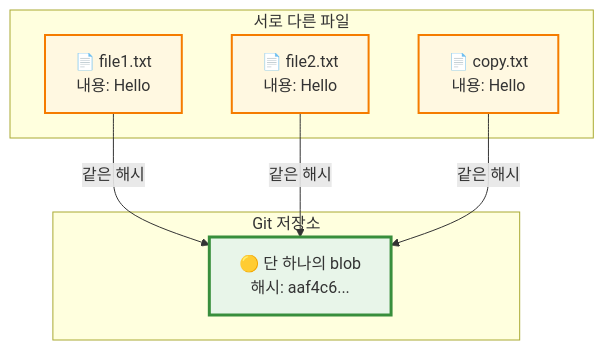
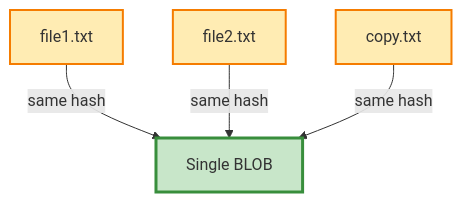
One commit to hiddenpunch/hiddenpunch.github.io changed the seventh of 8 diagrams in content/posts/git-internals-01-object-storage.md. Above: the diagram before and after it, drawn with Mermaid. The commit also changed other lines of this file, not shown here.

Commit message:
Simplify Mermaid: English only, code blocks

````diff
--- a/content/posts/git-internals-01-object-storage.md
+++ b/content/posts/git-internals-01-object-storage.md
@@ -339,21 +288,16 @@
-<div class="mermaid">
+```mermaid
 flowchart TB
-    subgraph files[서로 다른 파일]
-        F1[📄 file1.txt<br/>내용: Hello]
-        F2[📄 file2.txt<br/>내용: Hello]
-        F3[📄 copy.txt<br/>내용: Hello]
-    end
+    F1[file1.txt]
+    F2[file2.txt]
+    F3[copy.txt]
+    BLOB[Single BLOB]
     
-    subgraph storage[Git 저장소]
-        BLOB[🟡 단 하나의 blob<br/>해시: aaf4c6...]
-    end
+    F1 -->|same hash| BLOB
+    F2 -->|same hash| BLOB
+    F3 -->|same hash| BLOB
     
-    F1 -->|같은 해시| BLOB
-    F2 -->|같은 해시| BLOB
-    F3 -->|같은 해시| BLOB
-    
-    style F1 fill:#fff8e1,stroke:#f57c00,stroke-width:2px
-    style F2 fill:#fff8e1,stroke:#f57c00,stroke-width:2px
-    style F3 fill:#fff8e1,stroke:#f57c00,stroke-width:2px
-    style BLOB fill:#e8f5e9,stroke:#388e3c,stroke-width:3px
-</div>
+    style F1 fill:#ffecb3,stroke:#f57c00,stroke-width:2px
+    style F2 fill:#ffecb3,stroke:#f57c00,stroke-width:2px
+    style F3 fill:#ffecb3,stroke:#f57c00,stroke-width:2px
+    style BLOB fill:#c8e6c9,stroke:#388e3c,stroke-width:3px
+```
````
